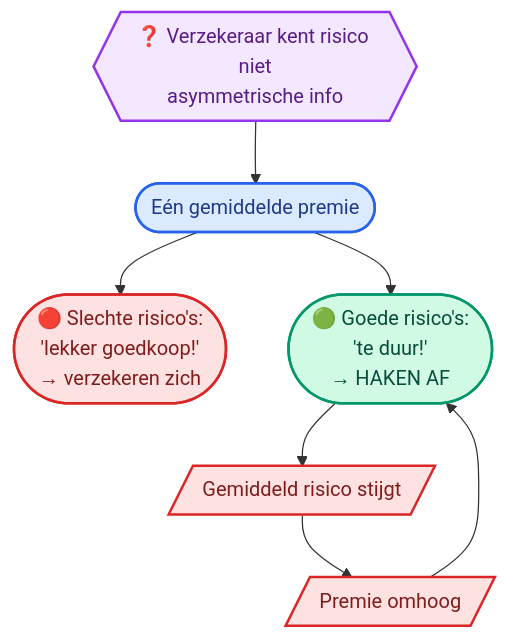
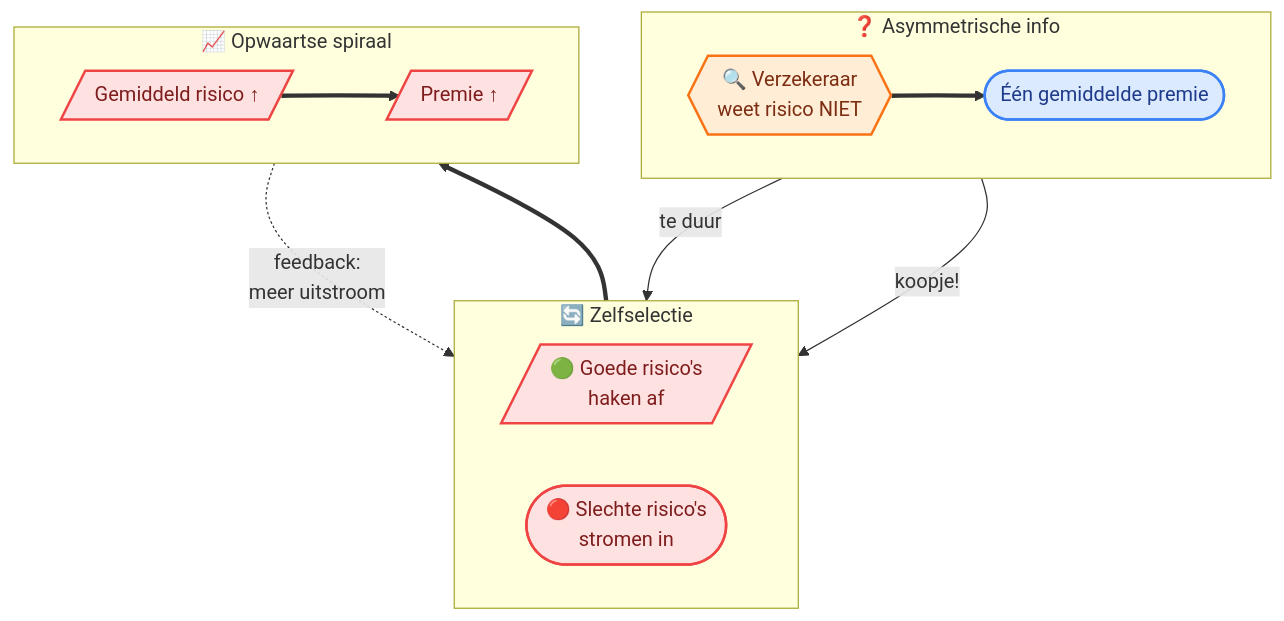
One commit to ateknol/HAVO-Economie-examen changed diagram 15 of 23 in Volledige_Samenvatting_H1_H2.md. Above: the diagram before and after it, drawn with Mermaid. The commit also changed other lines of this file and 6 other files, not shown here.

````diff
--- a/Volledige_Samenvatting_H1_H2.md
+++ b/Volledige_Samenvatting_H1_H2.md
@@ -1051,27 +1084,26 @@
 ```mermaid
 flowchart TD
-    A{{"❓ Verzekeraar kent risico niet<br/>asymmetrische info"}}
-    B(["Eén gemiddelde premie"])
-    C(["🔴 Slechte risico's:<br/>'lekker goedkoop!'<br/>→ verzekeren zich"])
-    D(["🟢 Goede risico's:<br/>'te duur!'<br/>→ HAKEN AF"])
-    E[/"Gemiddeld risico stijgt"/]
-    F[/"Premie omhoog"/]
-
-    A --> B
-    B --> C
-    B --> D
-    D --> E
-    E --> F
-    F --> D
-
-    classDef term fill:#f3e8ff,stroke:#9333ea,stroke-width:2px,color:#581c87
-    classDef proces fill:#dbeafe,stroke:#2563eb,stroke-width:2px,color:#1e3a8a
-    classDef fout fill:#fee2e2,stroke:#dc2626,stroke-width:2px,color:#7f1d1d
-    classDef goed fill:#d1fae5,stroke:#059669,stroke-width:2px,color:#064e3b
-
-    class A term
-    class B proces
-    class C fout
-    class D goed
-    class E,F fout
+    subgraph AS_Start["❓ Asymmetrische info"]
+        direction LR
+        AS_Info{{"🔍 Verzekeraar<br/>weet risico NIET"}} ==> AS_Gem(["Één gemiddelde premie"])
+    end
+    subgraph AS_Sel["🔄 Zelfselectie"]
+        direction LR
+        AS_Goed[/"🟢 Goede risico's<br/>haken af"/]
+        AS_Slecht(["🔴 Slechte risico's<br/>stromen in"])
+    end
+    subgraph AS_Spiral["📈 Opwaartse spiraal"]
+        direction LR
+        AS_Hoog[/"Gemiddeld risico ↑"/] ==> AS_Prem[/"Premie ↑"/]
+    end
+    AS_Gem -->|"te duur"| AS_Goed
+    AS_Gem -->|"koopje!"| AS_Slecht
+    AS_Goed ==> AS_Hoog
+    AS_Prem -.->|"feedback:<br/>meer uitstroom"| AS_Goed
+    classDef risico fill:#ffedd5,stroke:#f97316,stroke-width:2px,color:#7c2d12
+    classDef falen fill:#fee2e2,stroke:#ef4444,stroke-width:2px,color:#7f1d1d
+    classDef markt fill:#dbeafe,stroke:#3b82f6,stroke-width:2px,color:#1e3a8a
+    class AS_Info risico
+    class AS_Gem markt
+    class AS_Goed,AS_Slecht,AS_Hoog,AS_Prem falen
 ```
````
